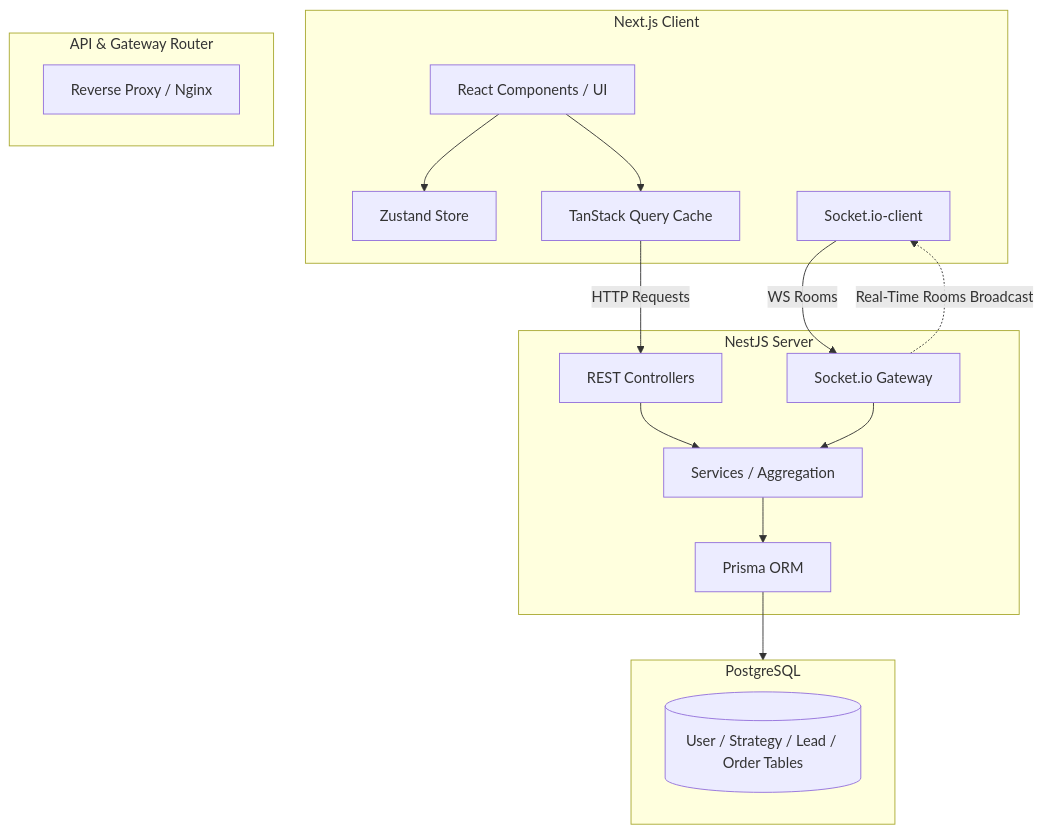
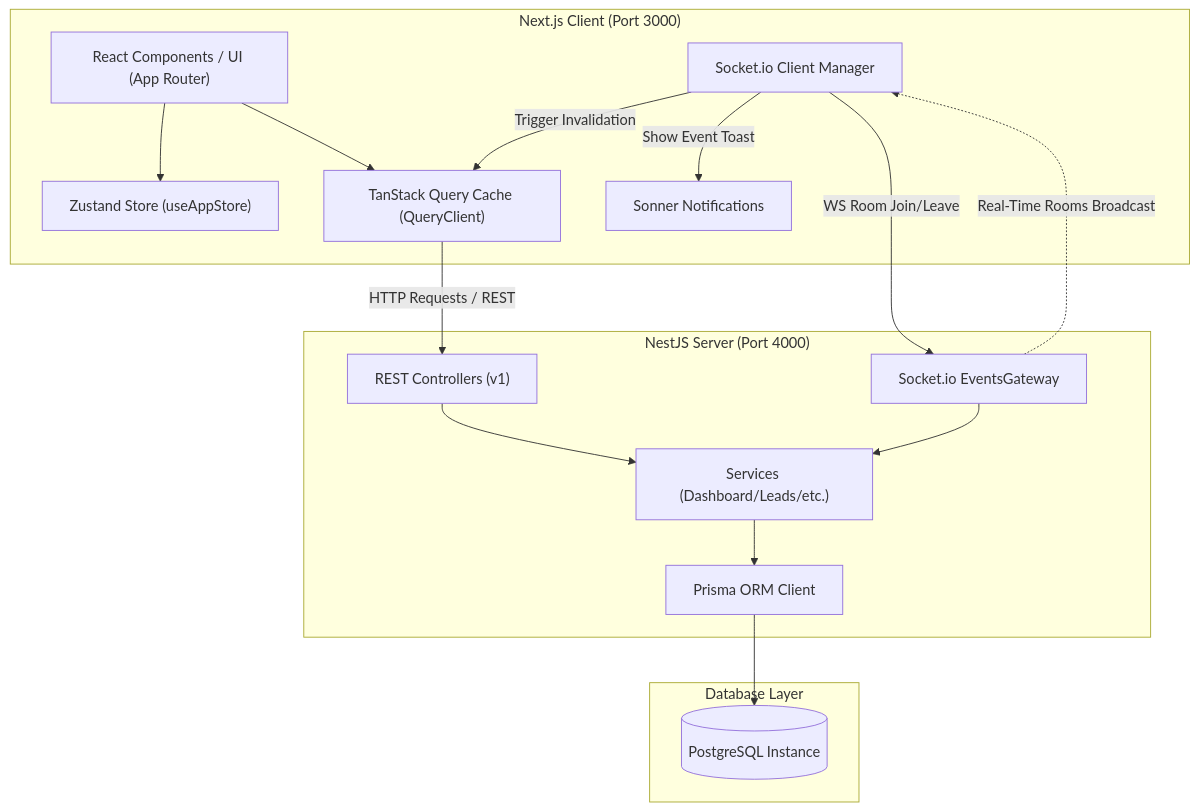
Before and after one commit to Bredrick-Ju/Int-Dashboard: the diagram in worklyft-dashboard/docs/architecture.md, drawn with Mermaid. The commit also changed other lines of this file, not shown here.

Commit message:
architecture.md file updated

````diff
--- a/worklyft-dashboard/docs/architecture.md
+++ b/worklyft-dashboard/docs/architecture.md
@@ -9,34 +9,33 @@
 ```mermaid
 graph TD
-  subgraph Client [Next.js Client]
-    UI[React Components / UI]
-    State[Zustand Store]
-    Cache[TanStack Query Cache]
-    SocketClient[Socket.io-client]
+  subgraph Client ["Next.js Client (Port 3000)"]
+    UI["React Components / UI (App Router)"]
+    State["Zustand Store (useAppStore)"]
+    Cache["TanStack Query Cache (QueryClient)"]
+    SocketClient["Socket.io Client Manager"]
+    Toast["Sonner Notifications"]
   end
 
-  subgraph Gateway [API & Gateway Router]
-    Nginx[Reverse Proxy / Nginx]
+  subgraph Backend ["NestJS Server (Port 4000)"]
+    Controller["REST Controllers (v1)"]
+    WSGateway["Socket.io EventsGateway"]
+    Service["Services (Dashboard/Leads/etc.)"]
+    Prisma["Prisma ORM Client"]
   end
 
-  subgraph Backend [NestJS Server]
-    Controller[REST Controllers]
-    WSGateway[Socket.io Gateway]
-    Service[Services / Aggregation]
-    Prisma[Prisma ORM]
-  end
-
-  subgraph Database [PostgreSQL]
-    Tables[(User / Strategy / Lead / Order Tables)]
+  subgraph Database ["Database Layer"]
+    Postgres[(PostgreSQL Instance)]
   end
 
   UI --> State
   UI --> Cache
-  Cache -->|HTTP Requests| Controller
-  SocketClient -->|WS Rooms| WSGateway
+  Cache -->|HTTP Requests / REST| Controller
+  SocketClient -->|WS Room Join/Leave| WSGateway
   Controller --> Service
   WSGateway --> Service
   Service --> Prisma
-  Prisma --> Database
+  Prisma --> Postgres
   WSGateway -.->|Real-Time Rooms Broadcast| SocketClient
+  SocketClient -->|Trigger Invalidation| Cache
+  SocketClient -->|Show Event Toast| Toast
 ```
````
